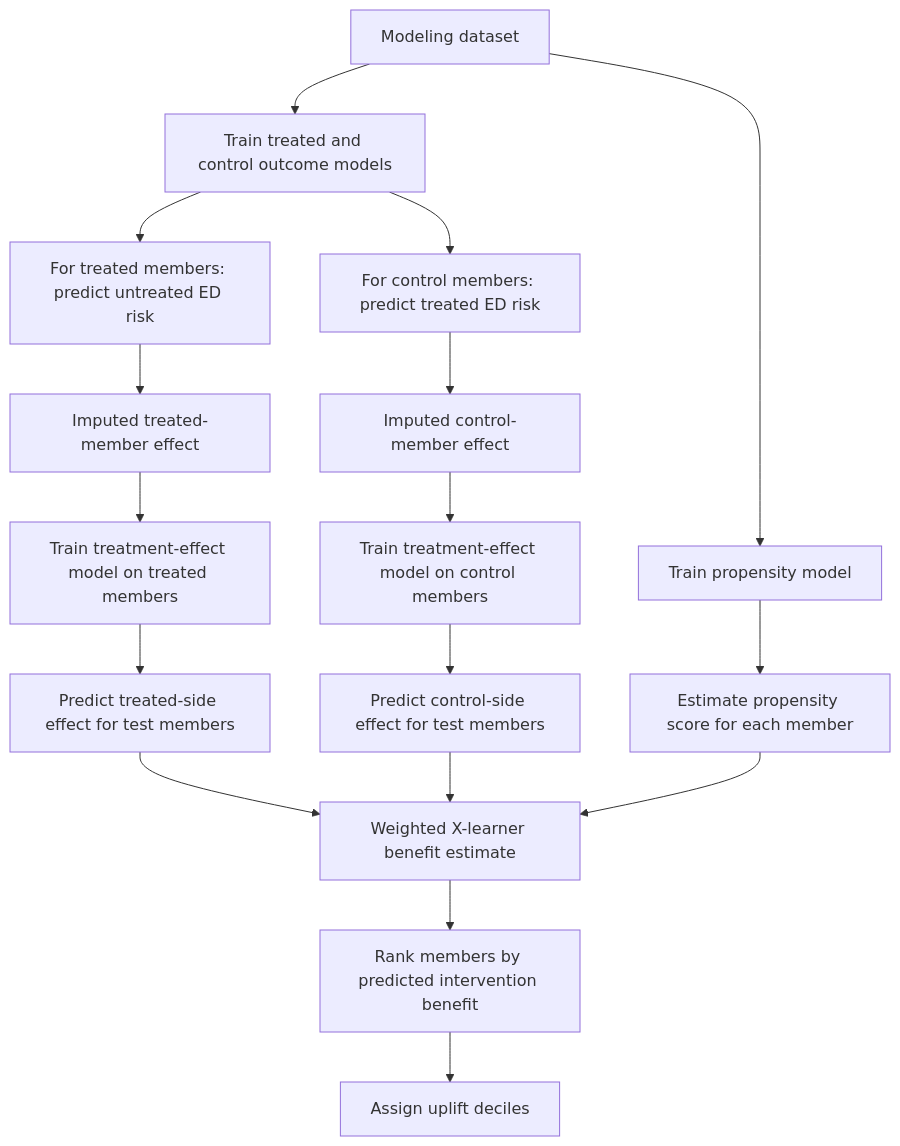
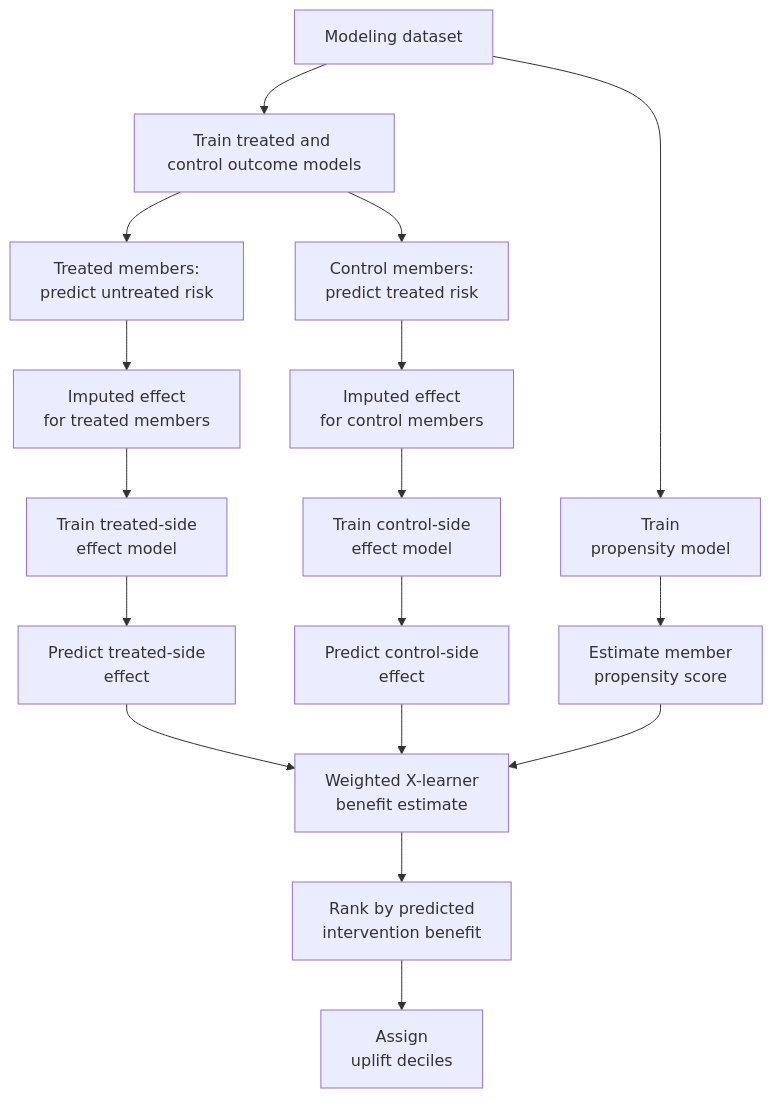
One commit to ndesai777777/prism_repo changed the second of 2 diagrams in PRISM_Intervention_Benefit_Modeling_README.md. Above: the diagram before and after it, drawn with Mermaid. The commit also changed other lines of this file and 1 other file, not shown here.

````diff
--- a/PRISM_Intervention_Benefit_Modeling_README.md
+++ b/PRISM_Intervention_Benefit_Modeling_README.md
@@ -114,19 +114,19 @@
 ```mermaid
 flowchart TD
     A["Modeling dataset"] --> B["Train treated and control outcome models"]
-    B --> C["For treated members: predict untreated ED risk"]
-    B --> D["For control members: predict treated ED risk"]
-    C --> E["Imputed treated-member effect"]
-    D --> F["Imputed control-member effect"]
-    E --> G["Train treatment-effect model on treated members"]
-    F --> H["Train treatment-effect model on control members"]
-    A --> I["Train propensity model"]
-    G --> J["Predict treated-side effect for test members"]
-    H --> K["Predict control-side effect for test members"]
-    I --> L["Estimate propensity score for each member"]
-    J --> M["Weighted X-learner benefit estimate"]
+    B --> C["Treated members:<br/>predict untreated risk"]
+    B --> D["Control members:<br/>predict treated risk"]
+    C --> E["Imputed effect<br/>for treated members"]
+    D --> F["Imputed effect<br/>for control members"]
+    E --> G["Train treated-side<br/>effect model"]
+    F --> H["Train control-side<br/>effect model"]
+    A --> I["Train<br/>propensity model"]
+    G --> J["Predict treated-side<br/>effect"]
+    H --> K["Predict control-side<br/>effect"]
+    I --> L["Estimate member<br/>propensity score"]
+    J --> M["Weighted X-learner<br/>benefit estimate"]
     K --> M
     L --> M
-    M --> N["Rank members by predicted intervention benefit"]
-    N --> O["Assign uplift deciles"]
+    M --> N["Rank by predicted<br/>intervention benefit"]
+    N --> O["Assign<br/>uplift deciles"]
 ```
````
